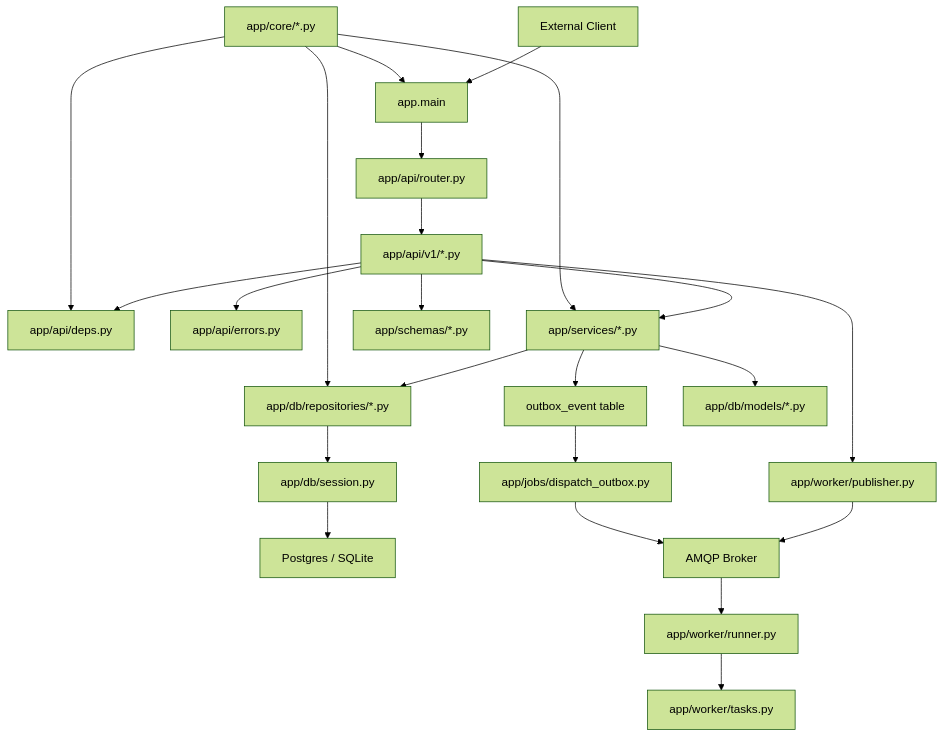
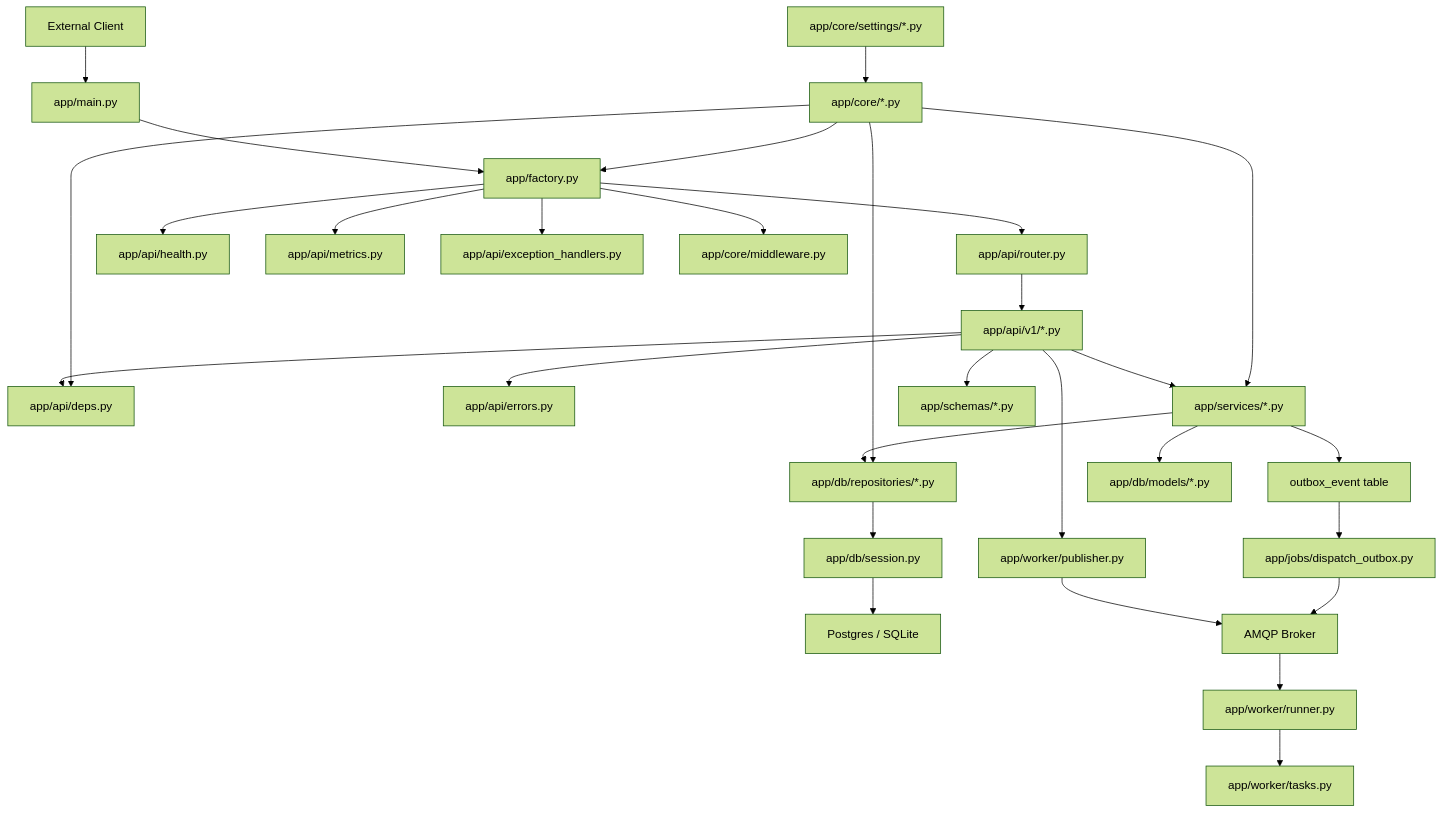
One commit to sewind13/fastapi101 changed the first of 4 diagrams in docs/architecture.md. Above: the diagram before and after it, drawn with Mermaid (forest theme). The commit also changed other lines of this file and 67 other files, not shown here.

````diff
--- a/docs/architecture.md
+++ b/docs/architecture.md
@@ -23,25 +23,31 @@
 ```mermaid
 flowchart TD
-    Client["External Client"] --> Main["app.main"]
-    Main --> Router["app/api/router.py"]
+    Client["External Client"] --> Main["app/main.py"]
+    Main --> Factory["app/factory.py"]
+    Factory --> Router["app/api/router.py"]
+    Factory --> HealthApi["app/api/health.py"]
+    Factory --> MetricsApi["app/api/metrics.py"]
+    Factory --> ExceptionHandlers["app/api/exception_handlers.py"]
+    Factory --> Middleware["app/core/middleware.py"]
     Router --> Endpoint["app/api/v1/*.py"]
     Endpoint --> Deps["app/api/deps.py"]
     Endpoint --> ApiErrors["app/api/errors.py"]
     Endpoint --> Service["app/services/*.py"]
     Endpoint --> WorkerPublisher["app/worker/publisher.py"]
     Service --> Repo["app/db/repositories/*.py"]
     Repo --> Session["app/db/session.py"]
     Session --> DB["Postgres / SQLite"]
     Service --> Outbox["outbox_event table"]
     WorkerPublisher --> Broker["AMQP Broker"]
     Outbox --> OutboxDispatcher["app/jobs/dispatch_outbox.py"]
     OutboxDispatcher --> Broker
     Broker --> WorkerRunner["app/worker/runner.py"]
     WorkerRunner --> WorkerTasks["app/worker/tasks.py"]
     Service --> Models["app/db/models/*.py"]
     Endpoint --> Schemas["app/schemas/*.py"]
-    Core["app/core/*.py"] --> Main
+    Core["app/core/*.py"] --> Factory
+    Settings["app/core/settings/*.py"] --> Core
     Core --> Deps
     Core --> Service
     Core --> Repo
 ```
````
